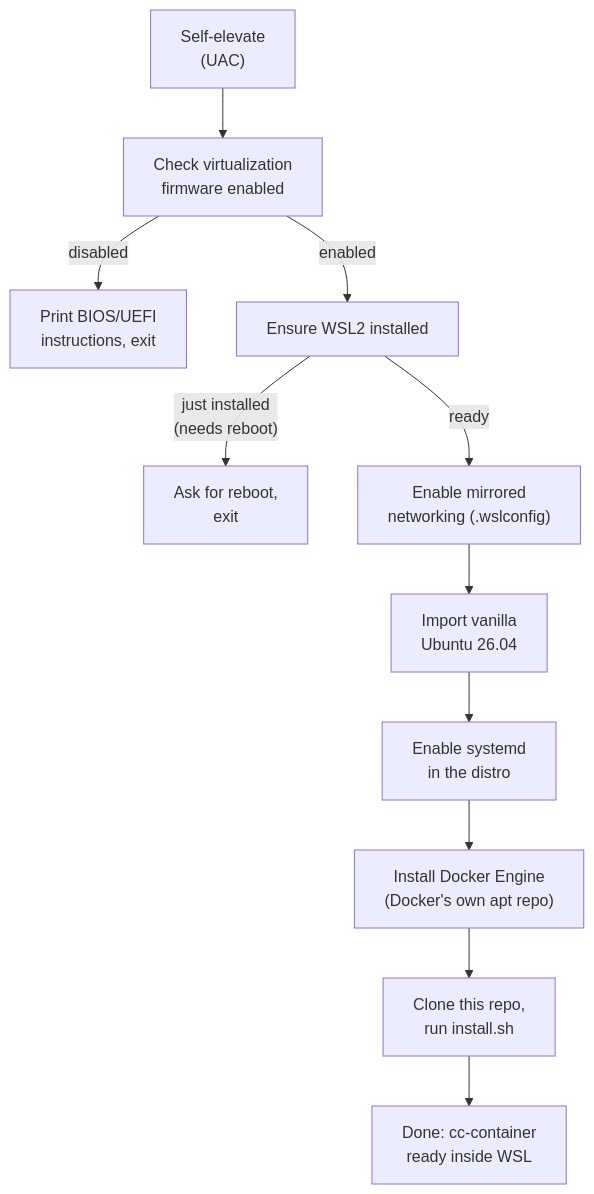
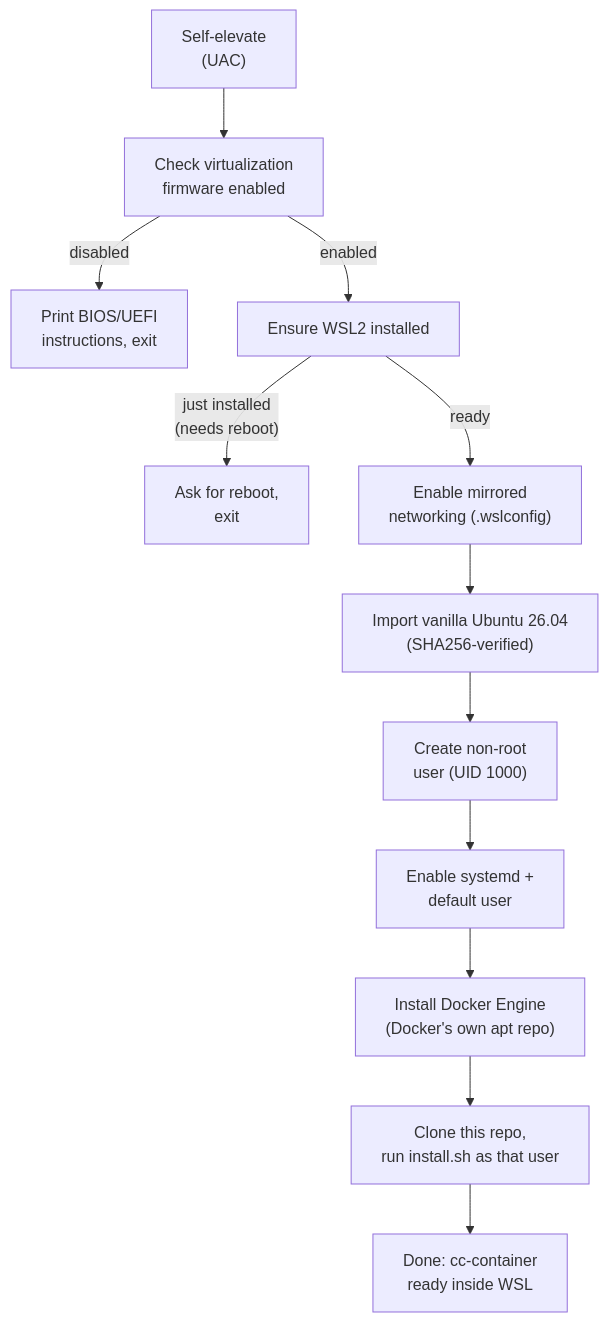
Before and after one commit to rixxxxx/claudecode-docker: the diagram in docs/windows-onboarding.md, drawn with Mermaid. The commit also changed other lines of this file and 7 other files, not shown here.

Commit message:
hardened the Windows onboarding installer before its first real-hardware run (non-root UID-1000 WSL user, SHA256-verified rootfs, live output, window stays open, -rootfs-url override) and added Go unit tests plus a hardware test checklist

````diff
--- a/docs/windows-onboarding.md
+++ b/docs/windows-onboarding.md
@@ -40,13 +40,14 @@
 ```mermaid
 flowchart TD
     A["Self-elevate<br/>(UAC)"] --> B["Check virtualization<br/>firmware enabled"]
     B -->|disabled| B1["Print BIOS/UEFI<br/>instructions, exit"]
     B -->|enabled| C["Ensure WSL2 installed"]
     C -->|"just installed<br/>(needs reboot)"| C1["Ask for reboot,<br/>exit"]
     C -->|ready| D["Enable mirrored<br/>networking (.wslconfig)"]
-    D --> E["Import vanilla<br/>Ubuntu 26.04"]
-    E --> F["Enable systemd<br/>in the distro"]
+    D --> E["Import vanilla Ubuntu 26.04<br/>(SHA256-verified)"]
+    E --> E2["Create non-root<br/>user (UID 1000)"]
+    E2 --> F["Enable systemd +<br/>default user"]
     F --> G["Install Docker Engine<br/>(Docker's own apt repo)"]
-    G --> H["Clone this repo,<br/>run install.sh"]
+    G --> H["Clone this repo,<br/>run install.sh as that user"]
     H --> I["Done: cc-container<br/>ready inside WSL"]
 ```
````
